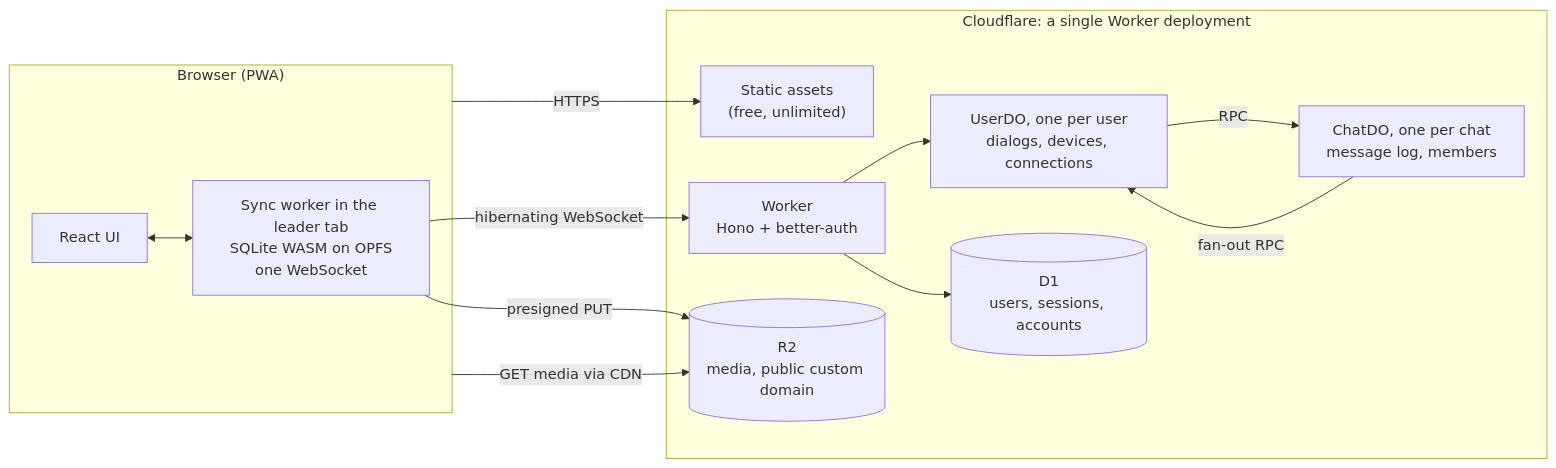
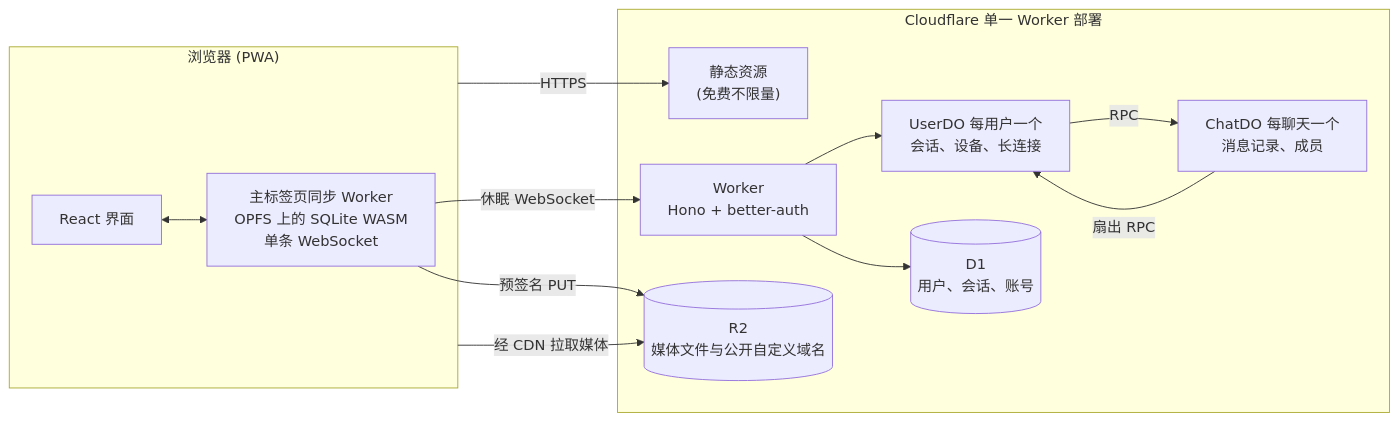
The diagram in src/content/posts/building-chat-room-is-own-server.md (Jazee6/astro-blur), drawn with Mermaid before and after one commit. The commit also changed other lines of this file and 18 other files, not shown here.

````diff
--- a/src/content/posts/building-chat-room-is-own-server.md
+++ b/src/content/posts/building-chat-room-is-own-server.md
@@ -57,25 +57,25 @@
 ```mermaid
 flowchart LR
-  subgraph Browser["Browser (PWA)"]
-    UI["React UI"]
-    SYNC["Sync worker in the leader tab<br/>SQLite WASM on OPFS<br/>one WebSocket"]
+  subgraph Browser["浏览器 (PWA)"]
+    UI["React 界面"]
+    SYNC["主标签页同步 Worker<br/>OPFS 上的 SQLite WASM<br/>单条 WebSocket"]
     UI <--> SYNC
   end
 
-  subgraph CF["Cloudflare: a single Worker deployment"]
-    ASSETS["Static assets<br/>(free, unlimited)"]
+  subgraph CF["Cloudflare 单一 Worker 部署"]
+    ASSETS["静态资源<br/>(免费不限量)"]
     W["Worker<br/>Hono + better-auth"]
-    UDO["UserDO, one per user<br/>dialogs, devices, connections"]
-    CDO["ChatDO, one per chat<br/>message log, members"]
-    D1[("D1<br/>users, sessions, accounts")]
-    R2[("R2<br/>media, public custom domain")]
+    UDO["UserDO 每用户一个<br/>会话、设备、长连接"]
+    CDO["ChatDO 每聊天一个<br/>消息记录、成员"]
+    D1[("D1<br/>用户、会话、账号")]
+    R2[("R2<br/>媒体文件与公开自定义域名")]
   end
 
   Browser -- "HTTPS" --> ASSETS
-  SYNC -- "hibernating WebSocket" --> W --> UDO
+  SYNC -- "休眠 WebSocket" --> W --> UDO
   UDO -- "RPC" --> CDO
-  CDO -- "fan-out RPC" --> UDO
+  CDO -- "扇出 RPC" --> UDO
   W --> D1
-  SYNC -- "presigned PUT" --> R2
-  Browser -- "GET media via CDN" --> R2
+  SYNC -- "预签名 PUT" --> R2
+  Browser -- "经 CDN 拉取媒体" --> R2
 ```
````
